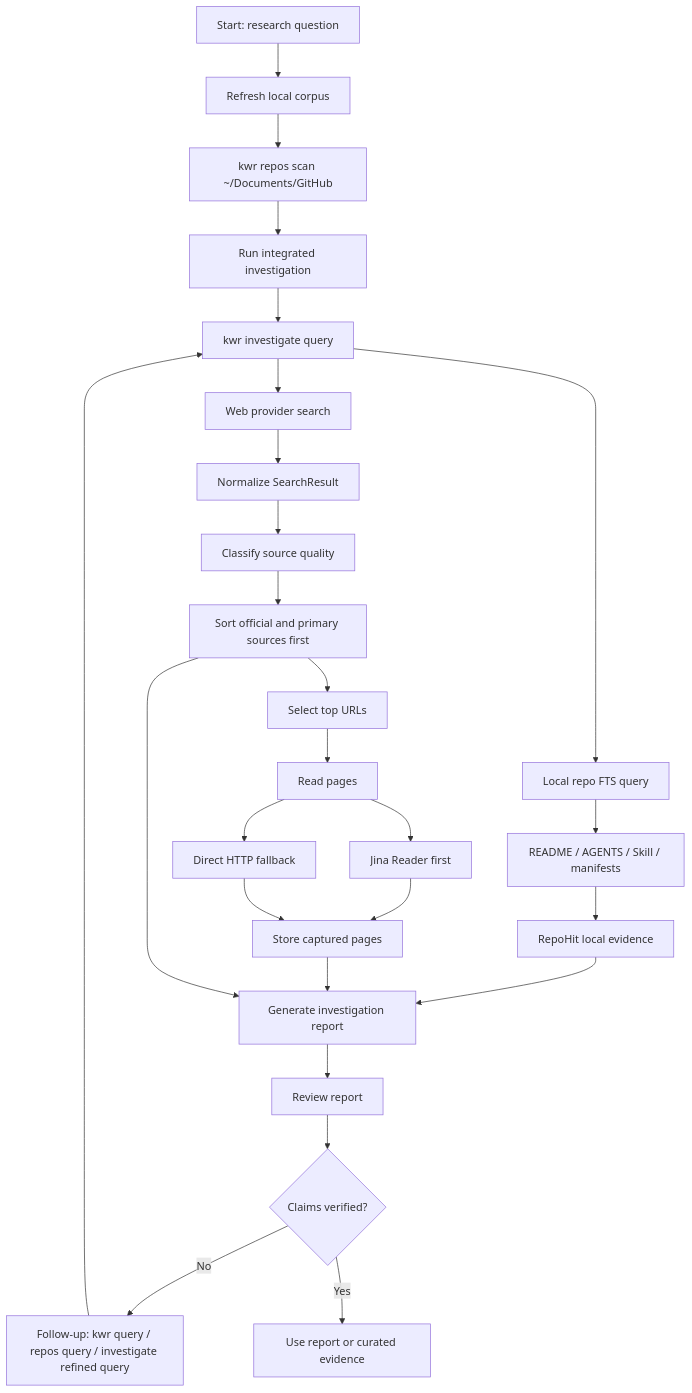
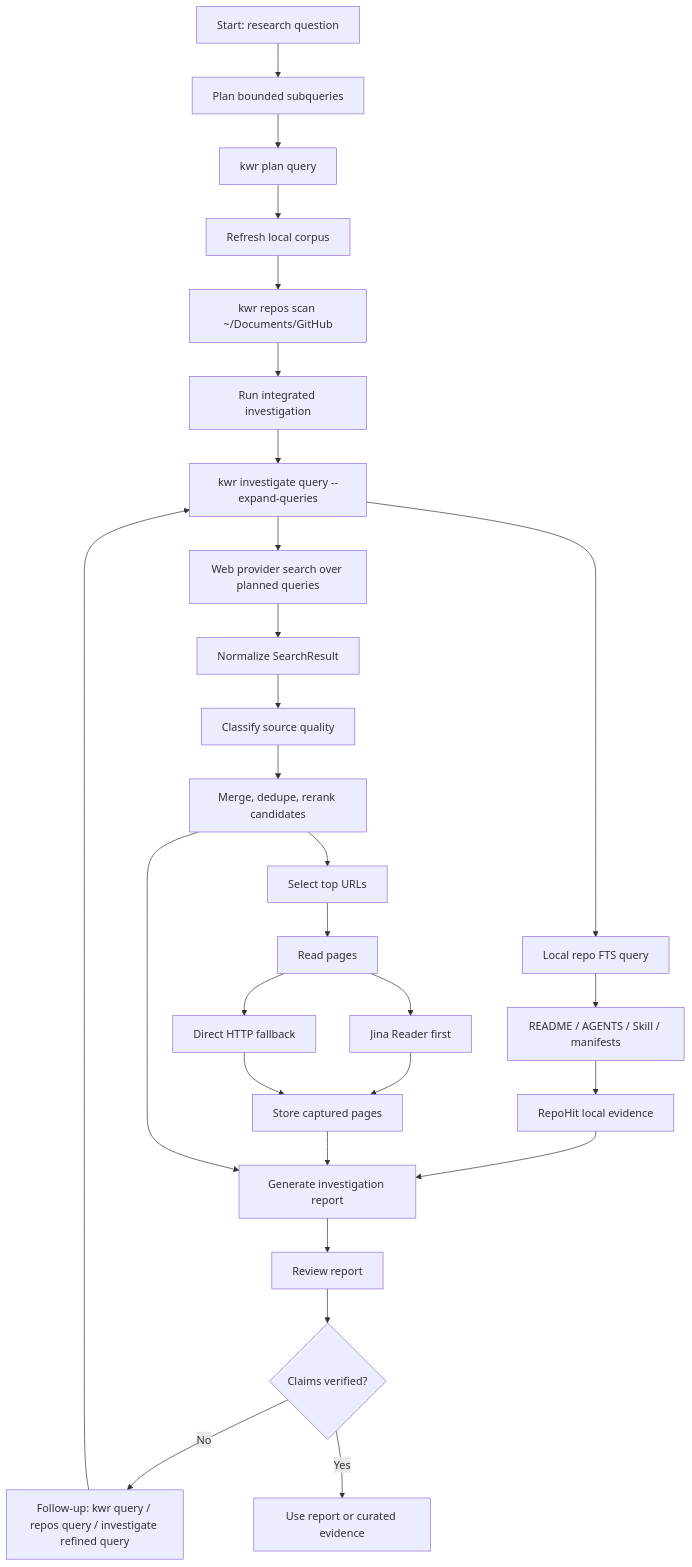
Before and after one commit to Nicolas0315/katala-web-research: the diagram in docs/research-flow.md, drawn with Mermaid. The commit also changed other lines of this file and 23 other files, not shown here.

````diff
--- a/docs/research-flow.md
+++ b/docs/research-flow.md
@@ -7,34 +7,36 @@
 ```mermaid
 flowchart TD
-    A[Start: research question] --> B[Refresh local corpus]
+    A[Start: research question] --> P[Plan bounded subqueries]
+    P --> P1[kwr plan query]
+    P1 --> B[Refresh local corpus]
     B --> B1[kwr repos scan ~/Documents/GitHub]
     B1 --> C[Run integrated investigation]
-    C --> C1[kwr investigate query]
+    C --> C1[kwr investigate query --expand-queries]
 
-    C1 --> D[Web provider search]
+    C1 --> D[Web provider search over planned queries]
     C1 --> E[Local repo FTS query]
 
     D --> D1[Normalize SearchResult]
     D1 --> D2[Classify source quality]
-    D2 --> D3[Sort official and primary sources first]
+    D2 --> D3[Merge, dedupe, rerank candidates]
 
     E --> E1[README / AGENTS / Skill / manifests]
     E1 --> E2[RepoHit local evidence]
 
     D3 --> F[Select top URLs]
     F --> G[Read pages]
     G --> G1[Jina Reader first]
     G --> G2[Direct HTTP fallback]
 
     G1 --> H[Store captured pages]
     G2 --> H
     E2 --> I[Generate investigation report]
     H --> I
     D3 --> I
 
     I --> J[Review report]
     J --> K{Claims verified?}
     K -- No --> L[Follow-up: kwr query / repos query / investigate refined query]
     L --> C1
     K -- Yes --> M[Use report or curated evidence]
 ```
````
